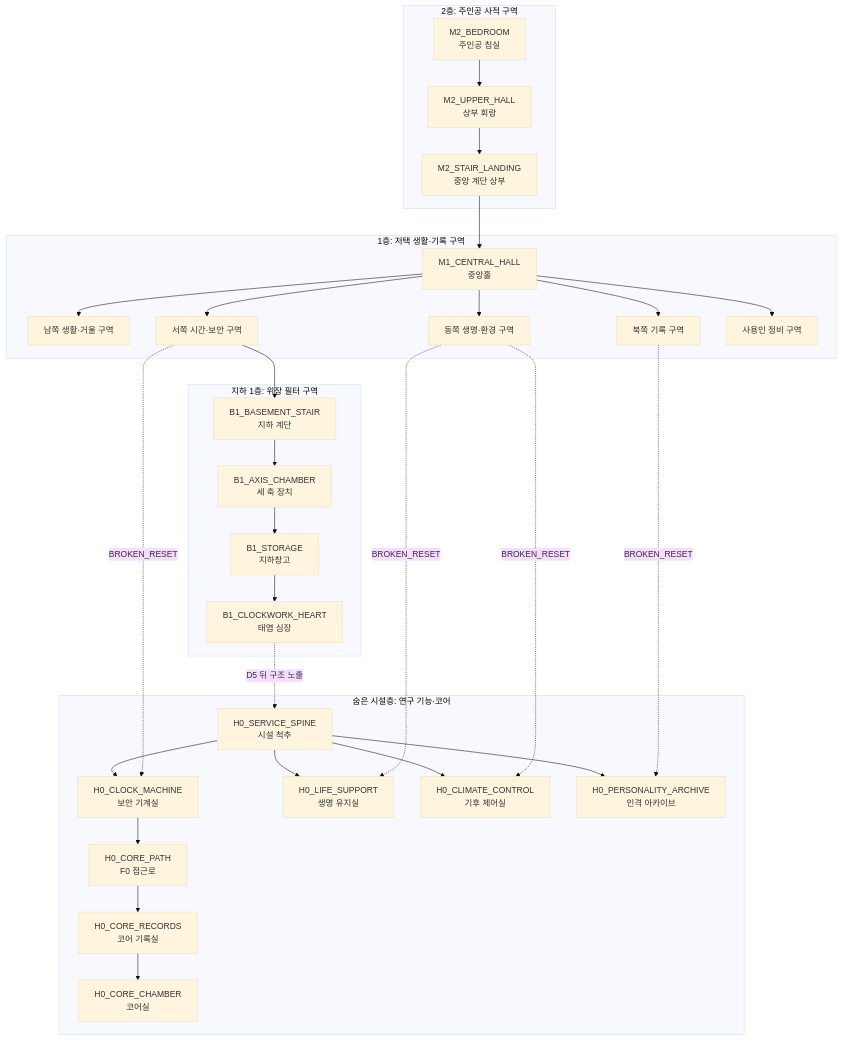
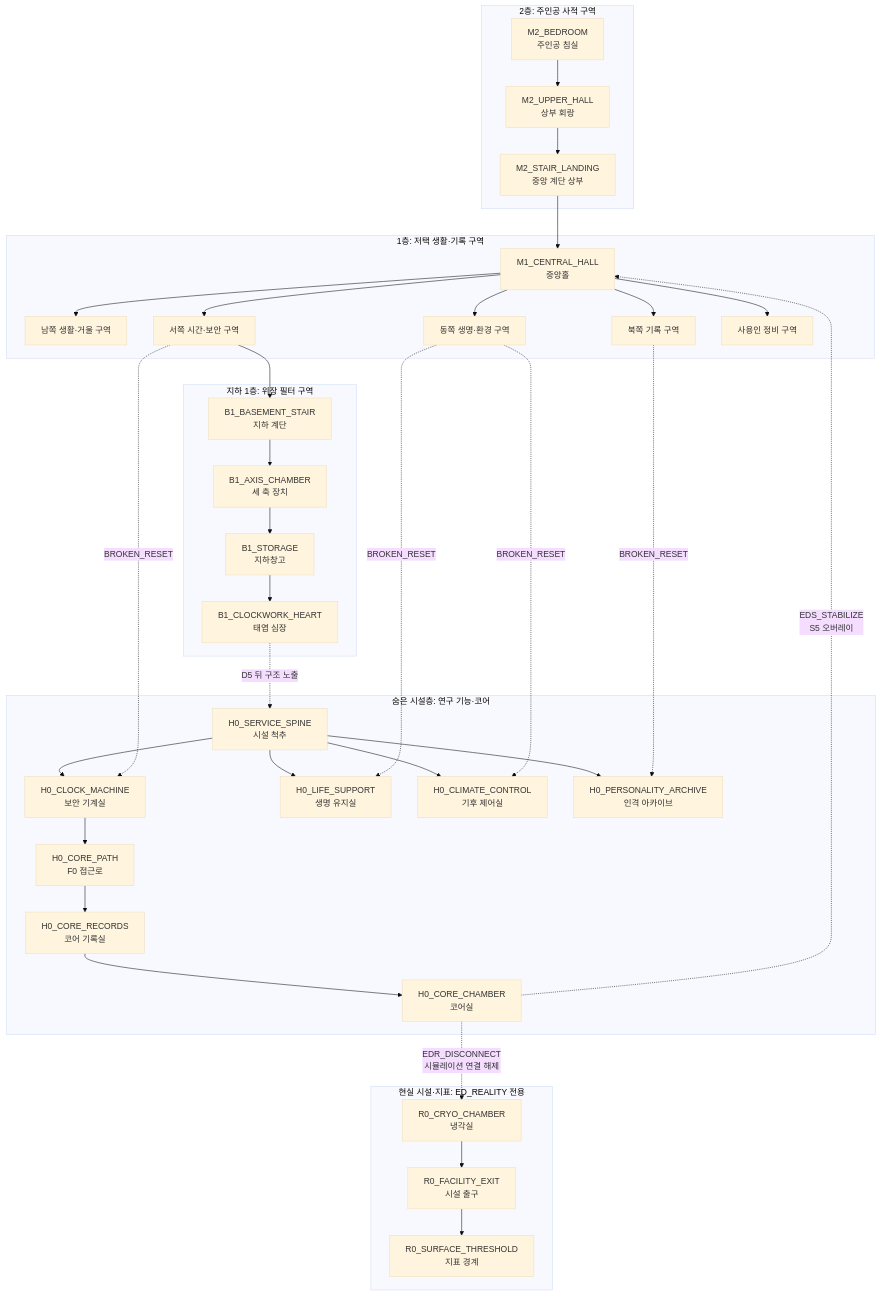
Before and after one commit to devb-eru/ggb: the first of 12 diagrams in ideas/md/v04/05_공간구성지도_및_동선.md, drawn with Mermaid (base theme). The commit also changed other lines of this file and 17 other files, not shown here.

````diff
--- a/ideas/md/v04/05_공간구성지도_및_동선.md
+++ b/ideas/md/v04/05_공간구성지도_및_동선.md
@@ -45,55 +46,64 @@
 ```mermaid
 flowchart TB
     subgraph F2["2층: 주인공 사적 구역"]
         BED["M2_BEDROOM<br/>주인공 침실"]
         UPPER["M2_UPPER_HALL<br/>상부 회랑"]
         LANDING["M2_STAIR_LANDING<br/>중앙 계단 상부"]
         BED --> UPPER --> LANDING
     end
 
     subgraph F1["1층: 저택 생활·기록 구역"]
         HALL["M1_CENTRAL_HALL<br/>중앙홀"]
         SOUTH["남쪽 생활·거울 구역"]
         WEST["서쪽 시간·보안 구역"]
         EAST["동쪽 생명·환경 구역"]
         NORTH["북쪽 기록 구역"]
         SERVICE["사용인 정비 구역"]
         HALL --> SOUTH
         HALL --> WEST
         HALL --> EAST
         HALL --> NORTH
         HALL --> SERVICE
     end
 
     subgraph B1["지하 1층: 위장 필터 구역"]
         BST["B1_BASEMENT_STAIR<br/>지하 계단"]
         AXIS["B1_AXIS_CHAMBER<br/>세 축 장치"]
         STORE["B1_STORAGE<br/>지하창고"]
         HEART["B1_CLOCKWORK_HEART<br/>태엽 심장"]
         BST --> AXIS --> STORE --> HEART
     end
 
     subgraph H0["숨은 시설층: 연구 기능·코어"]
         SPINE["H0_SERVICE_SPINE<br/>시설 척추"]
         MACHINE["H0_CLOCK_MACHINE<br/>보안 기계실"]
         LIFE["H0_LIFE_SUPPORT<br/>생명 유지실"]
         CLIMATE["H0_CLIMATE_CONTROL<br/>기후 제어실"]
         ARCHIVE["H0_PERSONALITY_ARCHIVE<br/>인격 아카이브"]
         COREPATH["H0_CORE_PATH<br/>F0 접근로"]
         RECORD["H0_CORE_RECORDS<br/>코어 기록실"]
         CORE["H0_CORE_CHAMBER<br/>코어실"]
         SPINE --> MACHINE
         SPINE --> LIFE
         SPINE --> CLIMATE
         SPINE --> ARCHIVE
         MACHINE --> COREPATH --> RECORD --> CORE
     end
 
+    subgraph R0["현실 시설·지표: ED_REALITY 전용"]
+        CRYO["R0_CRYO_CHAMBER<br/>냉각실"]
+        EXIT["R0_FACILITY_EXIT<br/>시설 출구"]
+        SURFACE["R0_SURFACE_THRESHOLD<br/>지표 경계"]
+        CRYO --> EXIT --> SURFACE
+    end
+
     LANDING --> HALL
     WEST --> BST
     HEART -. "D5 뒤 구조 노출" .-> SPINE
     WEST -. "BROKEN_RESET" .-> MACHINE
     EAST -. "BROKEN_RESET" .-> LIFE
     EAST -. "BROKEN_RESET" .-> CLIMATE
     NORTH -. "BROKEN_RESET" .-> ARCHIVE
+    CORE -. "EDR_DISCONNECT<br/>시뮬레이션 연결 해제" .-> CRYO
+    CORE -. "EDS_STABILIZE<br/>S5 오버레이" .-> HALL
 ```
````
